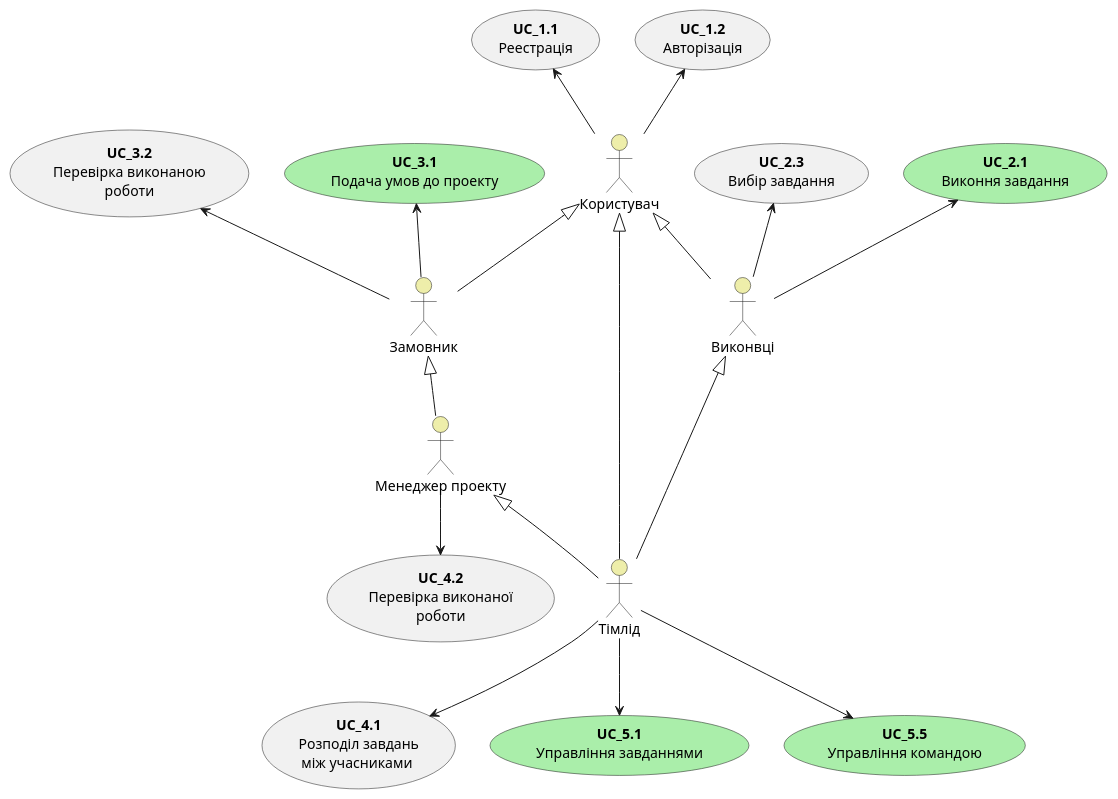
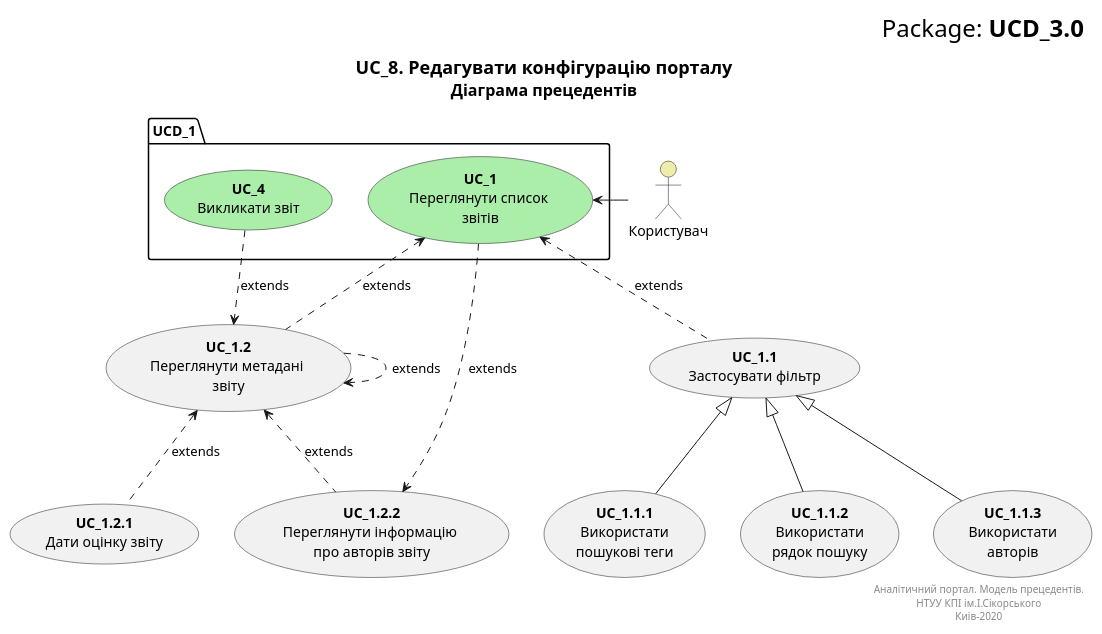
Before and after one commit to edu-db/edu_db_labs: the first of 9 diagrams in docs/use cases/README.md, drawn with PlantUML. The commit also changed other lines of this file, not shown here.

```diff
--- a/docs/use cases/README.md
+++ b/docs/use cases/README.md
@@ -12,47 +23,54 @@
 @startuml
 
+    right header
+        <font size=24 color=black>Package: <b>UCD_3.0
+    end header
+
+    title
+        <font size=18 color=black>UC_8. Редагувати конфігурацію порталу
+        <font size=16 color=black>Діаграма прецедентів
+    end title
+
+
     actor "Користувач" as User #eeeeaa
-    actor "Виконвці" as Workers #eeeeaa
-    actor "Замовник" as Сustomer #eeeeaa
-    actor "Менеджер проекту" as Manager #eeeeaa
-    actor "Тімлід" as Teamlead #eeeeaa
     
-    usecase "<b>UC_1.2</b>\nАвторізація" as UC_1.1
-    usecase "<b>UC_1.1</b>\nРеестрація" as UC_1.2  
-
-    usecase "<b>UC_2.1</b>\nВиконня завдання" as UC_2.1 #aaeeaa 
-    usecase "<b>UC_2.3</b>\nВибір завдання" as UC_2.3 
-
-    usecase "<b>UC_3.1</b>\nПодача умов до проекту" as UC_3.1 #aaeeaa
-    usecase "<b>UC_3.2</b>\nПеревірка виконаною\nроботи" as UC_3.2 
-
-    usecase "<b>UC_4.1</b>\nРозподіл завдань\nміж учасниками " as UC_4.1  
-    usecase "<b>UC_4.2</b>\nПеревірка виконаної\nроботи" as UC_4.2
-
-    usecase "<b>UC_5.1</b>\nУправління завданнями" as UC_5.1 #aaeeaa
-    usecase "<b>UC_5.5</b>\nУправління командою" as UC_5.2 #aaeeaa
-
+    package UCD_1{
+        usecase "<b>UC_1</b>\nПереглянути список \nзвітів" as UC_1 #aaeeaa
+    }
     
-    User -u-> UC_1.1
-    User -u-> UC_1.2
+    usecase "<b>UC_1.1</b>\nЗастосувати фільтр" as UC_1.1
+    usecase "<b>UC_1.2</b>\nПереглянути метадані \nзвіту" as UC_1.2  
+    usecase "<b>UC_1.2.1</b>\nДати оцінку звіту" as UC_1.2.1  
+    usecase "<b>UC_1.2.2</b>\nПереглянути інформацію \nпро авторів звіту" as UC_1.2.2
     
-    Workers -u-> UC_2.1
-    Workers -u-> UC_2.3
-
-    Сustomer -u-> UC_3.1
-    Сustomer -u-> UC_3.2
-
-    Manager -d-> UC_4.2
-   
-    Teamlead -d-> UC_4.1
-    Teamlead -d-> UC_5.1
-    Teamlead -d-> UC_5.2
+    package UCD_1 {
+        usecase "<b>UC_4</b>\nВикликати звіт" as UC_4 #aaeeaa
+    }
     
-    Workers -u-|> User
-    Сustomer -u-|> User
-    Manager -u-|> Сustomer
-    Teamlead -u-|> User
-    Teamlead -u-|> Workers
-    Teamlead -u-|> Manager
+    usecase "<b>UC_1.1.1</b>\n Використати \nпошукові теги" as UC_1.1.1  
+    usecase "<b>UC_1.1.2</b>\n Використати \nрядок пошуку" as UC_1.1.2
+    usecase "<b>UC_1.1.3</b>\n Використати \nавторів" as UC_1.1.3  
+    
+    
+    
+    User -> UC_1
+    UC_1.1 .u.> UC_1 :extends
+    UC_1.2 .u.> UC_1 :extends
+    UC_4 .d.> UC_1.2 :extends
+    UC_1.2 .> UC_1.2 :extends
+    UC_1.2.1 .u.> UC_1.2 :extends
+    UC_1.2.2 .u.> UC_1.2 :extends
+    UC_1 ..> UC_1.2.2 :extends
+    
+    
+    UC_1.1.1 -u-|> UC_1.1
+    UC_1.1.2 -u-|> UC_1.1
+    UC_1.1.3 -u-|> UC_1.1
+    
+    right footer
+        Аналітичний портал. Модель прецедентів.
+        НТУУ КПІ ім.І.Сікорського
+        Киів-2020
+    end footer
 
 @enduml
```
